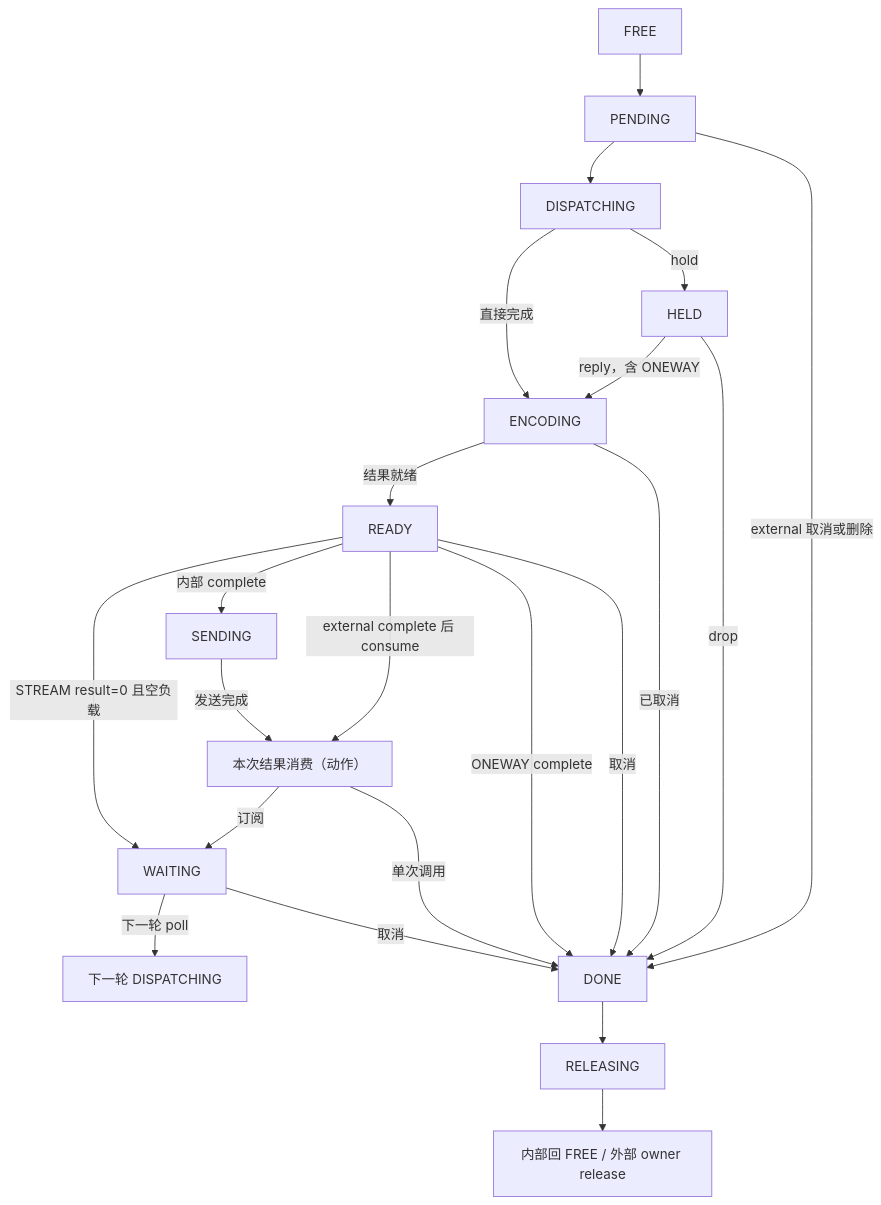
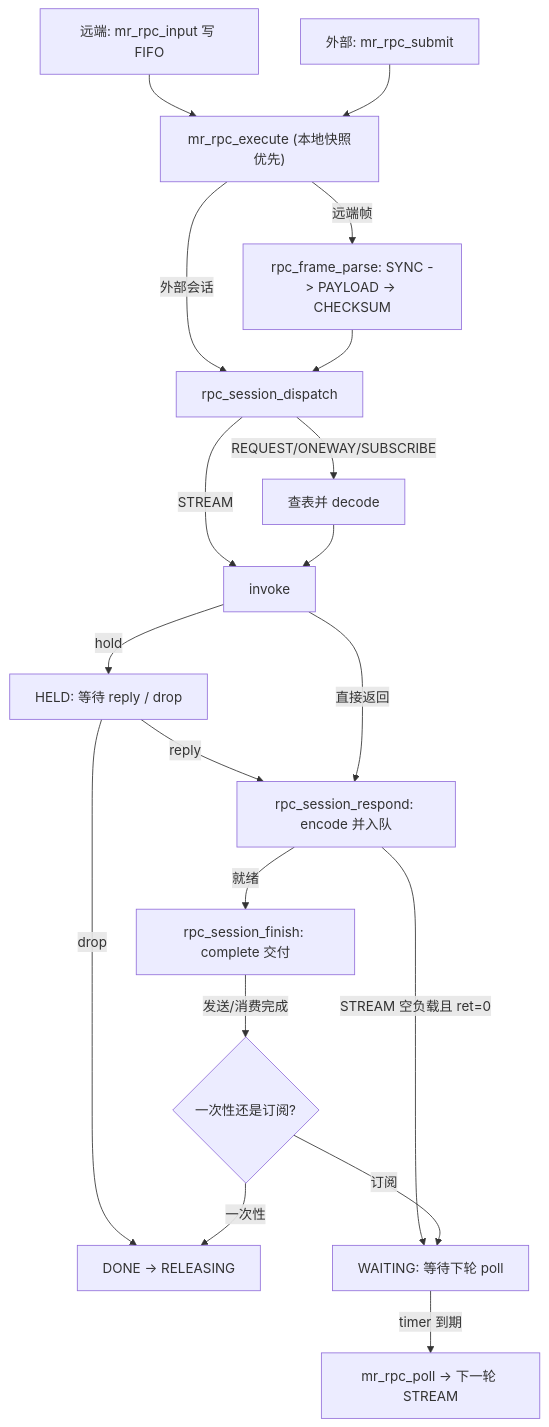
Before and after one commit to Mac-Rsh/mrX: the diagram in document/modules/rpc/rpc.md, drawn with Mermaid. The commit also changed other lines of this file and 204 other files, not shown here.

````diff
--- a/document/modules/rpc/rpc.md
+++ b/document/modules/rpc/rpc.md
@@ -851,22 +199,21 @@
 ```mermaid
 flowchart TB
-    free["FREE"] --> pending["PENDING"] --> dispatch["DISPATCHING"]
-    pending -->|external 取消或删除| done["DONE"]
-    dispatch -->|直接完成| encoding["ENCODING"]
-    dispatch -->|hold| held["HELD"]
-    held -->|reply，含 ONEWAY| encoding
-    held -->|drop| done
-    encoding -->|结果就绪| ready["READY"]
-    ready -->|STREAM result=0 且空负载| waiting["WAITING"]
-    encoding -->|已取消| done
-    ready -->|内部 complete| sending["SENDING"]
-    ready -->|external complete 后 consume| consumed["本次结果消费（动作）"]
-    ready -->|ONEWAY complete| done
-    ready -->|取消| done
-    sending -->|发送完成| consumed
-    consumed -->|订阅| waiting
-    consumed -->|单次调用| done
-    waiting -->|下一轮 poll| next["下一轮 DISPATCHING"]
-    waiting -->|取消| done
-    done --> releasing["RELEASING"] --> released["内部回 FREE / 外部 owner release"]
+    remote["远端: mr_rpc_input 写 FIFO"] --> next["mr_rpc_execute (本地快照优先)"]
+    local["外部: mr_rpc_submit"] --> next
+    next -->|远端帧| parse["rpc_frame_parse: SYNC -> PAYLOAD -> CHECKSUM"]
+    next -->|外部会话| dispatch["rpc_session_dispatch"]
+    parse --> dispatch
+    dispatch -->|REQUEST/ONEWAY/SUBSCRIBE| decode["查表并 decode"]
+    dispatch -->|STREAM| invoke["invoke"]
+    decode --> invoke
+    invoke -->|hold| held["HELD: 等待 reply / drop"]
+    held -->|reply| respond["rpc_session_respond: encode 并入队"]
+    held -->|drop| done["DONE -> RELEASING"]
+    invoke -->|直接返回| respond
+    respond -->|STREAM 空负载且 ret=0| waiting["WAITING: 等待下轮 poll"]
+    respond -->|就绪| finish["rpc_session_finish: complete 交付"]
+    finish -->|发送/消费完成| check{"一次性还是订阅?"}
+    check -->|一次性| done
+    check -->|订阅| waiting
+    waiting -->|timer 到期| poll["mr_rpc_poll -> 下一轮 STREAM"]
 ```
````
